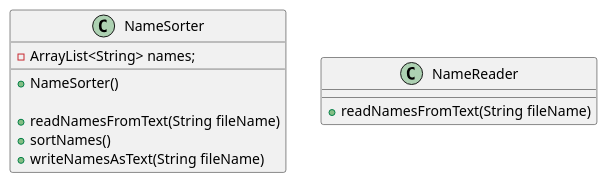
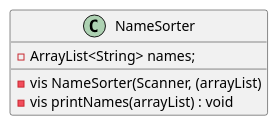
The diagram in exercise41/docs/uml.puml (Dbug100/Murphy-a04), drawn with PlantUML before and after one commit. The commit also changed 18 other files, not shown here.

Commit message:
testing & uml

```diff
--- a/exercise41/docs/uml.puml
+++ b/exercise41/docs/uml.puml
@@ -1,16 +1,12 @@
 @startuml
 class NameSorter{
     -ArrayList<String> names;
 
-    +NameSorter()
-
-    +readNamesFromText(String fileName)
-    +sortNames()
-    +writeNamesAsText(String fileName)
+    -vis NameSorter(Scanner, (arrayList)
+    -vis printNames(arrayList) : void
 }
 
-class NameReader{
-+readNamesFromText(String fileName)
 
-}
+
+
 @enduml
```
